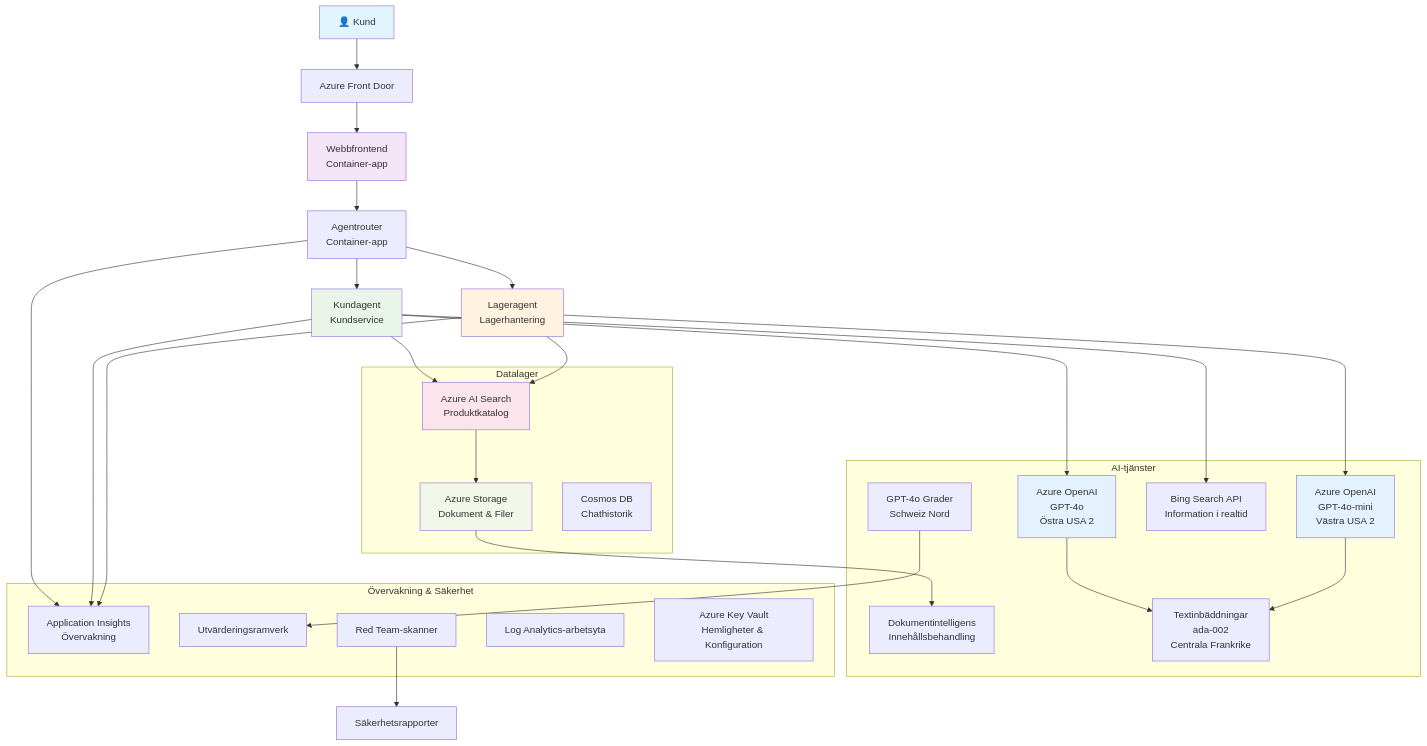
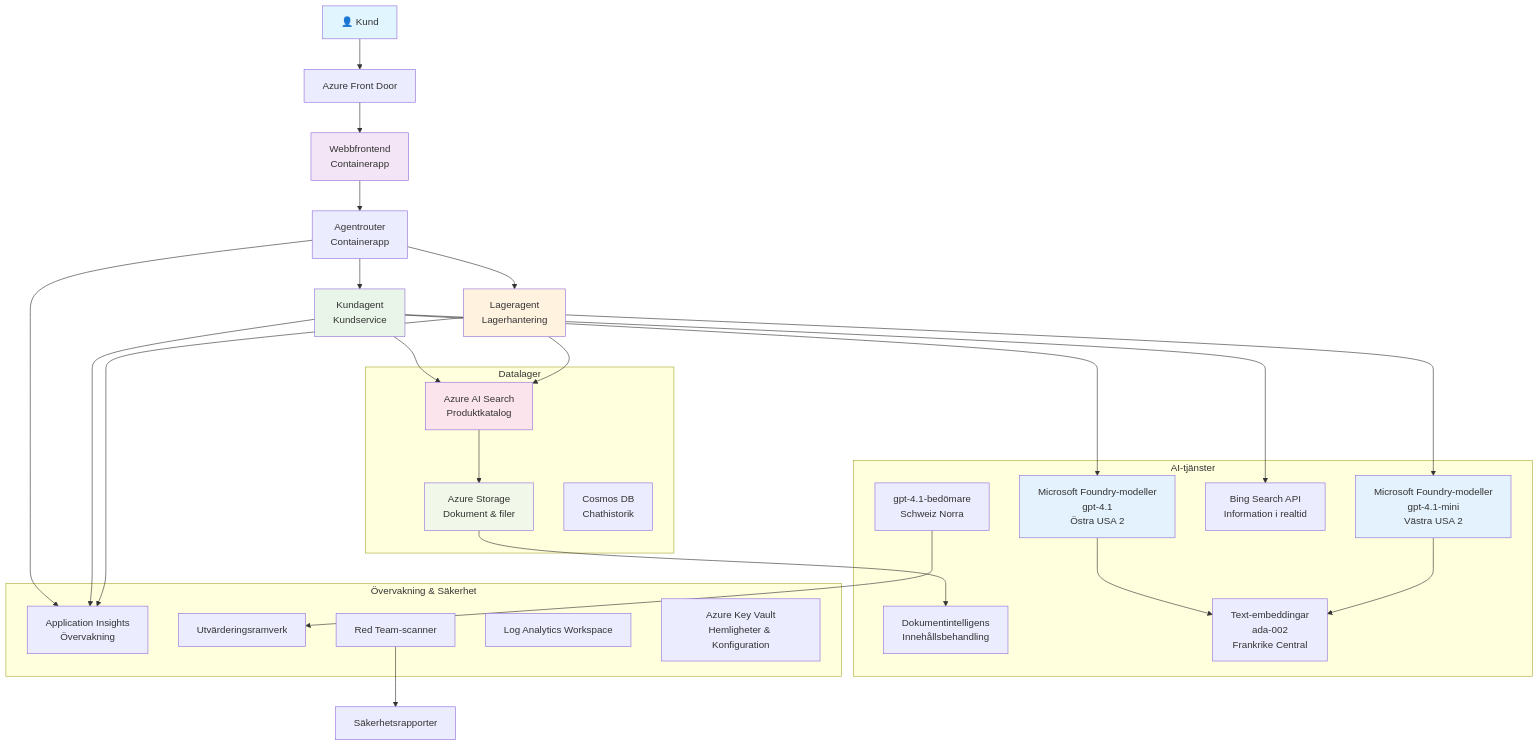
One commit to microsoft/AZD-for-beginners changed the diagram in translations/sv/examples/retail-scenario.md. Above: the diagram before and after it, drawn with Mermaid. The commit also changed other lines of this file and 101 other files, not shown here.

````diff
--- a/translations/sv/examples/retail-scenario.md
+++ b/translations/sv/examples/retail-scenario.md
@@ -139,61 +139,61 @@
 ```mermaid
 graph TB
     User[👤 Kund] --> LB[Azure Front Door]
-    LB --> WebApp[Webbfrontend<br/>Container-app]
+    LB --> WebApp[Webbfrontend<br/>Containerapp]
     
-    WebApp --> Router[Agentrouter<br/>Container-app]
+    WebApp --> Router[Agentrouter<br/>Containerapp]
     Router --> CustomerAgent[Kundagent<br/>Kundservice]
     Router --> InvAgent[Lageragent<br/>Lagerhantering]
     
-    CustomerAgent --> OpenAI1[Azure OpenAI<br/>GPT-4o<br/>Östra USA 2]
-    InvAgent --> OpenAI2[Azure OpenAI<br/>GPT-4o-mini<br/>Västra USA 2]
+    CustomerAgent --> OpenAI1[Microsoft Foundry-modeller<br/>gpt-4.1<br/>Östra USA 2]
+    InvAgent --> OpenAI2[Microsoft Foundry-modeller<br/>gpt-4.1-mini<br/>Västra USA 2]
     
     CustomerAgent --> AISearch[Azure AI Search<br/>Produktkatalog]
     CustomerAgent --> BingSearch[Bing Search API<br/>Information i realtid]
     InvAgent --> AISearch
     
-    AISearch --> Storage[Azure Storage<br/>Dokument & Filer]
+    AISearch --> Storage[Azure Storage<br/>Dokument & filer]
     Storage --> DocIntel[Dokumentintelligens<br/>Innehållsbehandling]
     
-    OpenAI1 --> Embeddings[Textinbäddningar<br/>ada-002<br/>Centrala Frankrike]
+    OpenAI1 --> Embeddings[Text-embeddingar<br/>ada-002<br/>Frankrike Central]
     OpenAI2 --> Embeddings
     
     Router --> AppInsights[Application Insights<br/>Övervakning]
     CustomerAgent --> AppInsights
     InvAgent --> AppInsights
     
-    GraderModel[GPT-4o Grader<br/>Schweiz Nord] --> Evaluation[Utvärderingsramverk]
-    RedTeam[Red Team-skanner] --> SecurityReports[Säkerhetsrapporter]
+    GraderModel[gpt-4.1-bedömare<br/>Schweiz Norra] --> Evaluation[Utvärderingsramverk]
+    RedTeam[Red Team-scanner] --> SecurityReports[Säkerhetsrapporter]
     
     subgraph "Datalager"
         Storage
         AISearch
         CosmosDB[Cosmos DB<br/>Chathistorik]
     end
     
     subgraph "AI-tjänster"
         OpenAI1
         OpenAI2
         Embeddings
         GraderModel
         DocIntel
         BingSearch
     end
     
     subgraph "Övervakning & Säkerhet"
         AppInsights
-        LogAnalytics[Log Analytics-arbetsyta]
+        LogAnalytics[Log Analytics Workspace]
         KeyVault[Azure Key Vault<br/>Hemligheter & Konfiguration]
         RedTeam
         Evaluation
     end
     
     style User fill:#e1f5fe
     style WebApp fill:#f3e5f5
     style CustomerAgent fill:#e8f5e8
     style InvAgent fill:#fff3e0
     style OpenAI1 fill:#e3f2fd
     style OpenAI2 fill:#e3f2fd
     style AISearch fill:#fce4ec
     style Storage fill:#f1f8e9
 ```
````
